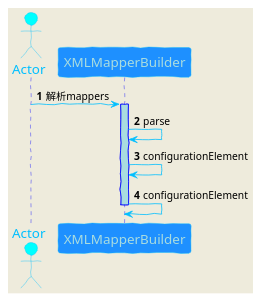
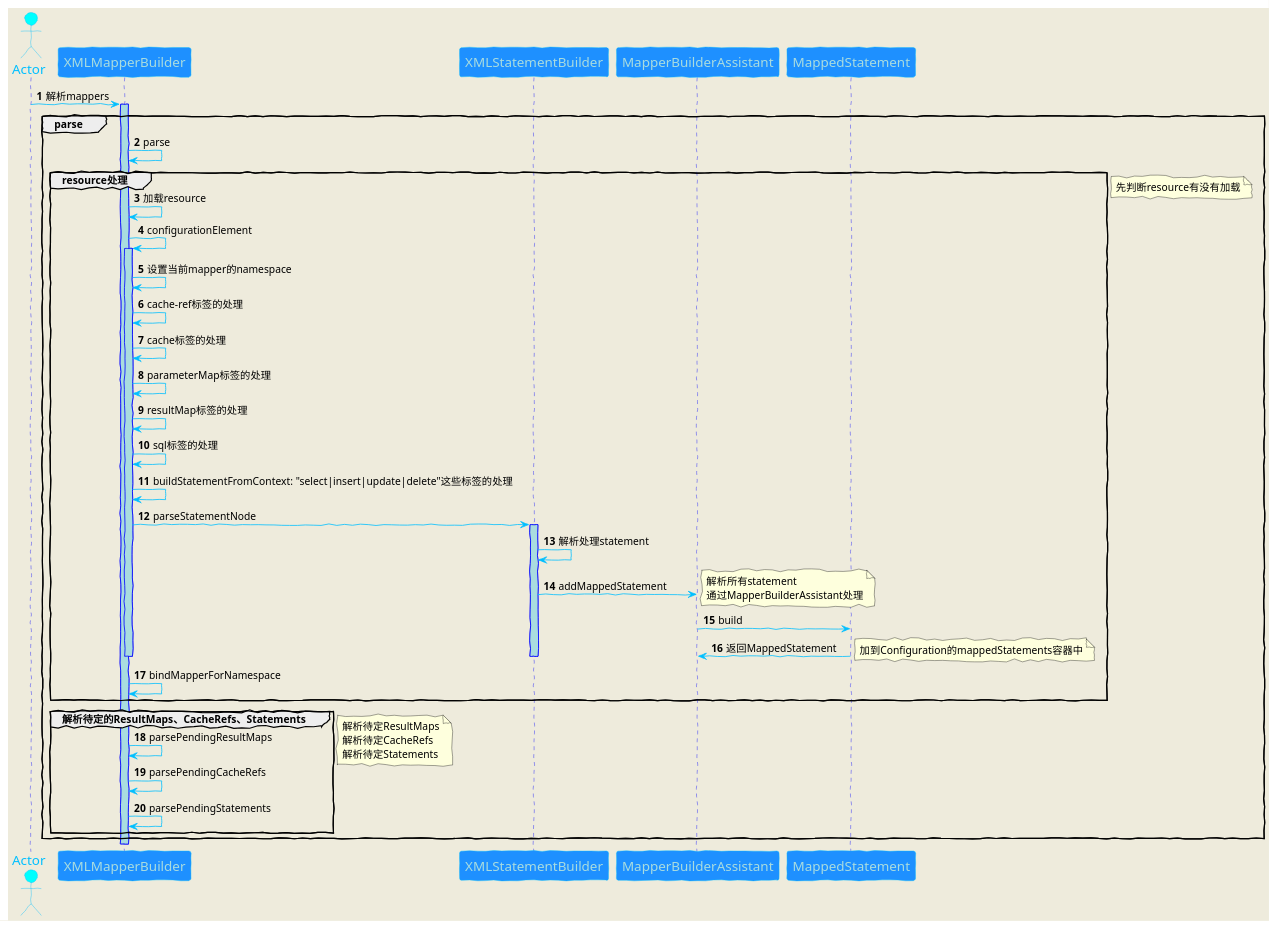
The diagram in mybatis-mappers-init.puml (bepersevering/learn-mybatis), drawn with PlantUML before and after one commit. The commit also changed 2 other files, not shown here.

Commit message:
feat: update mappers init sequence

```diff
--- a/mybatis-mappers-init.puml
+++ b/mybatis-mappers-init.puml
@@ -1,35 +1,75 @@
 @startuml
 
 skinparam backgroundColor #EEEBDC
 skinparam handwritten true
 
 skinparam sequence {
 	ArrowColor DeepSkyBlue
 	ActorBorderColor DeepSkyBlue
 	LifeLineBorderColor blue
 	LifeLineBackgroundColor #A9DCDF
 
 	ParticipantBorderColor DeepSkyBlue
 	ParticipantBackgroundColor DodgerBlue
 	ParticipantFontName Impact
 	ParticipantFontSize 17
 	ParticipantFontColor #A9DCDF
 
 	ActorBackgroundColor aqua
 	ActorFontColor DeepSkyBlue
 	ActorFontSize 17
 	ActorFontName Aapex
 }
 
 autonumber
 
 actor Actor as start
 start -> XMLMapperBuilder: 解析mappers
     activate XMLMapperBuilder
+    group parse
     XMLMapperBuilder -> XMLMapperBuilder: parse
+    group resource处理
+    XMLMapperBuilder -> XMLMapperBuilder: 加载resource
     XMLMapperBuilder -> XMLMapperBuilder: configurationElement
-    XMLMapperBuilder -> XMLMapperBuilder: configurationElement
-
+    activate XMLMapperBuilder
+    XMLMapperBuilder -> XMLMapperBuilder: 设置当前mapper的namespace
+    XMLMapperBuilder -> XMLMapperBuilder: cache-ref标签的处理
+    XMLMapperBuilder -> XMLMapperBuilder: cache标签的处理
+    XMLMapperBuilder -> XMLMapperBuilder: parameterMap标签的处理
+    XMLMapperBuilder -> XMLMapperBuilder: resultMap标签的处理
+    XMLMapperBuilder -> XMLMapperBuilder: sql标签的处理
+    XMLMapperBuilder -> XMLMapperBuilder: buildStatementFromContext: "select|insert|update|delete"这些标签的处理
+    XMLMapperBuilder -> XMLStatementBuilder: parseStatementNode
+        activate XMLStatementBuilder
+            XMLStatementBuilder -> XMLStatementBuilder: 解析处理statement
+            XMLStatementBuilder -> MapperBuilderAssistant: addMappedStatement
+            note right
+                解析所有statement
+                通过MapperBuilderAssistant处理
+            end note
+            MapperBuilderAssistant -> MappedStatement: build
+            MappedStatement -> MapperBuilderAssistant: 返回MappedStatement
+            note right
+            加到Configuration的mappedStatements容器中
+            end note
+        deactivate XMLStatementBuilder
+    deactivate XMLMapperBuilder
+    XMLMapperBuilder -> XMLMapperBuilder: bindMapperForNamespace
+    end group resource处理
+    note right
+    先判断resource有没有加载
+    end note
+    group 解析待定的ResultMaps、CacheRefs、Statements
+    XMLMapperBuilder -> XMLMapperBuilder: parsePendingResultMaps
+    XMLMapperBuilder -> XMLMapperBuilder: parsePendingCacheRefs
+    XMLMapperBuilder -> XMLMapperBuilder: parsePendingStatements
+    end group
+    note right
+        解析待定ResultMaps
+        解析待定CacheRefs
+        解析待定Statements
+    end note
+    end group parse
 
     deactivate XMLMapperBuilder
 @enduml
```
